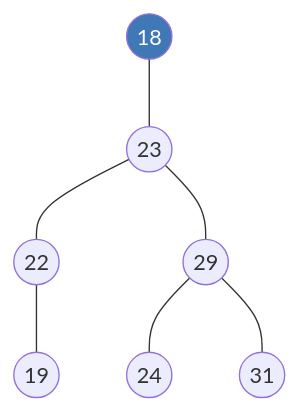
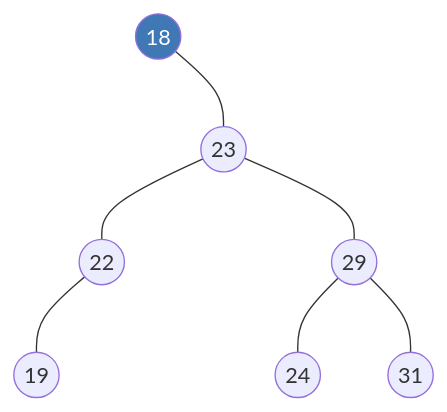
One commit to frijolitobandido/Guia_Matematica_Discreta changed the tenth of 39 diagrams in 03-arboles.md. Above: the diagram before and after it, drawn with Mermaid. The commit also changed other lines of this file, not shown here.

````diff
--- a/03-arboles.md
+++ b/03-arboles.md
@@ -336,11 +336,15 @@
 ```mermaid
 graph TD
-    n18((18)) --- n23((23))
+    n18((18)) --- inv1[" "]:::invis
+    n18 --- n23((23))
     n23 --- n22((22))
     n23 --- n29((29))
     n22 --- n19((19))
+    n22 --- inv2[" "]:::invis
     n29 --- n24((24))
     n29 --- n31((31))
 
+    classDef invis fill:none,stroke:none,color:none
     style n18 fill:#3f78b5,color:#fff
+    linkStyle 0,5 stroke:none;
 ```
````
